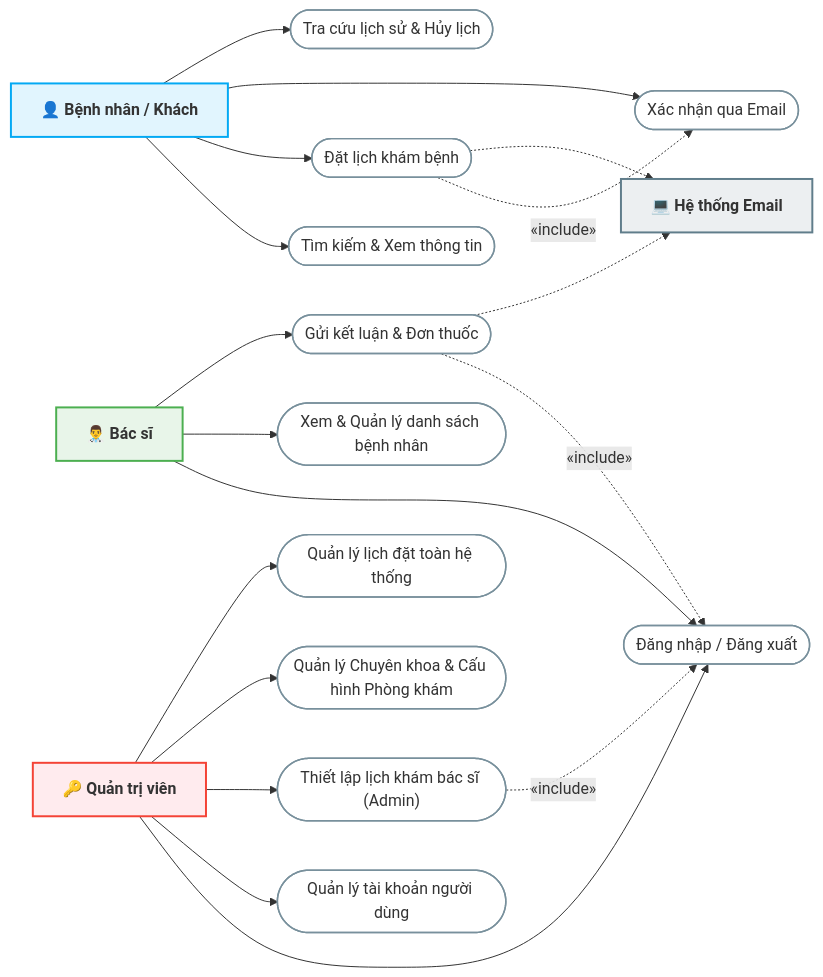
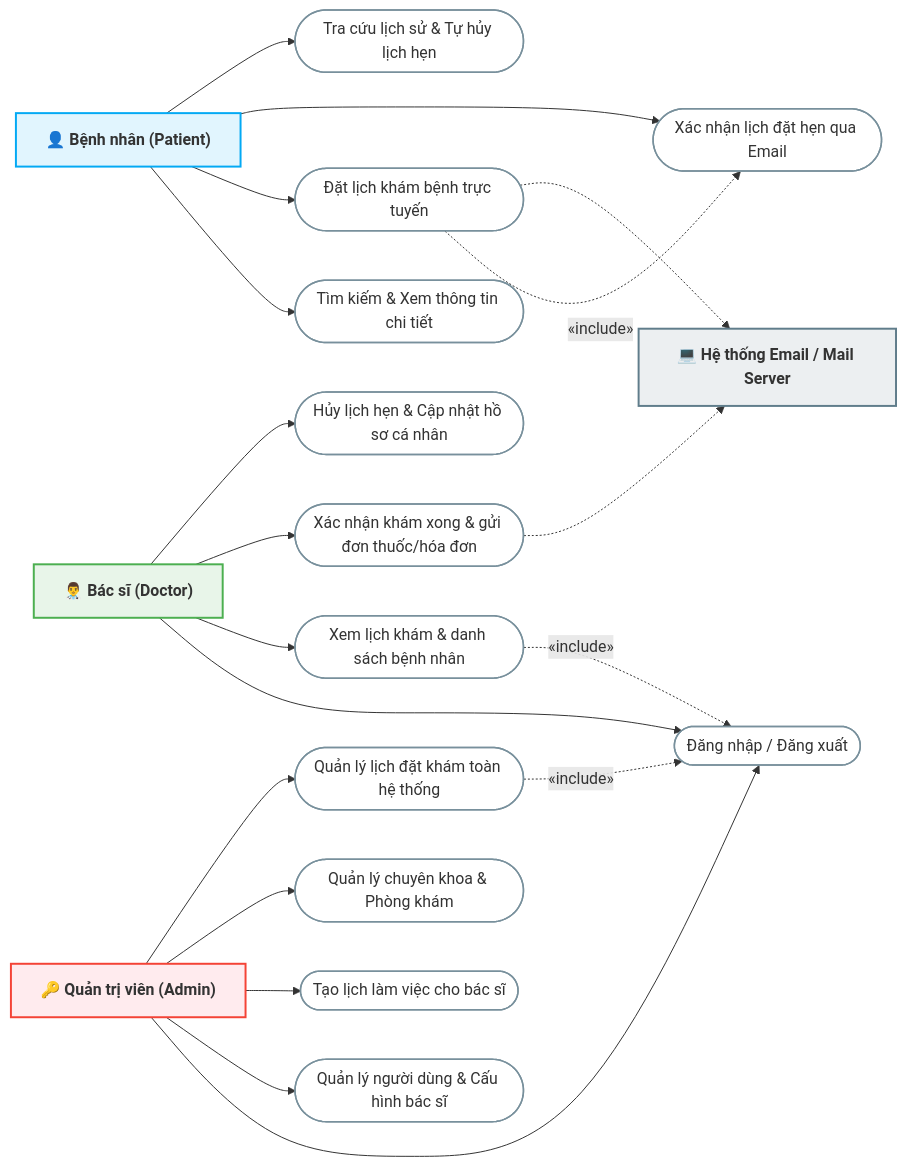
Before and after one commit to Hius22/HeathCare-: the first of 4 diagrams in HE_THONG_USECASE.md, drawn with Mermaid. The commit also changed other lines of this file and 6 other files, not shown here.

````diff
--- a/HE_THONG_USECASE.md
+++ b/HE_THONG_USECASE.md
@@ -87,62 +86,67 @@
 ```mermaid
-graph LR
+    graph LR
     %% Actors Definition
-    Patient["👤 Bệnh nhân / Khách"]
-    Doctor["👨‍⚕️ Bác sĩ"]
-    Admin["🔑 Quản trị viên"]
-    System["💻 Hệ thống Email"]
+    Patient["👤 Bệnh nhân (Patient)"]
+    Doctor["👨‍⚕️ Bác sĩ (Doctor)"]
+    Admin["🔑 Quản trị viên (Admin)"]
+    System["💻 Hệ thống Email / Mail Server"]
 
     %% Class Styles
     classDef actorPatient fill:#e1f5fe,stroke:#03a9f4,stroke-width:2px,font-weight:bold;
     classDef actorDoctor fill:#e8f5e9,stroke:#4caf50,stroke-width:2px,font-weight:bold;
     classDef actorAdmin fill:#ffebee,stroke:#f44336,stroke-width:2px,font-weight:bold;
     classDef actorSystem fill:#eceff1,stroke:#607d8b,stroke-width:2px,font-weight:bold;
     classDef usecase fill:#ffffff,stroke:#78909c,stroke-width:1.5px,shape:stadium;
 
     class Patient actorPatient;
     class Doctor actorDoctor;
     class Admin actorAdmin;
     class System actorSystem;
 
     %% Use Cases
-    uc_search(["Tìm kiếm & Xem thông tin"])
-    uc_book(["Đặt lịch khám bệnh"])
-    uc_verify(["Xác nhận qua Email"])
-    uc_history(["Tra cứu lịch sử & Hủy lịch"])
+    uc_p1(["Tìm kiếm & Xem thông tin chi tiết"])
+    uc_p2(["Đặt lịch khám bệnh trực tuyến"])
+    uc_p3(["Xác nhận lịch đặt hẹn qua Email"])
+    uc_p4(["Tra cứu lịch sử & Tự hủy lịch hẹn"])
+
     uc_auth(["Đăng nhập / Đăng xuất"])
-    uc_schedule(["Thiết lập lịch khám bác sĩ (Admin)"])
-    uc_patients(["Xem & Quản lý danh sách bệnh nhân"])
-    uc_remedy(["Gửi kết luận & Đơn thuốc"])
-    uc_crud_user(["Quản lý tài khoản người dùng"])
-    uc_crud_spec(["Quản lý Chuyên khoa & Cấu hình Phòng khám"])
-    uc_manage_all_booking(["Quản lý lịch đặt toàn hệ thống"])
 
-    class uc_search,uc_book,uc_verify,uc_history,uc_auth,uc_schedule,uc_patients,uc_remedy,uc_crud_user,uc_crud_spec,uc_manage_all_booking usecase;
+    uc_d1(["Xem lịch khám & danh sách bệnh nhân"])
+    uc_d2(["Xác nhận khám xong & gửi đơn thuốc/hóa đơn"])
+    uc_d3(["Hủy lịch hẹn & Cập nhật hồ sơ cá nhân"])
+
+    uc_a1(["Quản lý người dùng & Cấu hình bác sĩ"])
+    uc_a2(["Tạo lịch làm việc cho bác sĩ"])
+    uc_a3(["Quản lý chuyên khoa & Phòng khám"])
+    uc_a4(["Quản lý lịch đặt khám toàn hệ thống"])
+
+    class uc_p1,uc_p2,uc_p3,uc_p4,uc_auth,uc_d1,uc_d2,uc_d3,uc_a1,uc_a2,uc_a3,uc_a4 usecase;
 
     %% Patient Associations
-    Patient --> uc_search
-    Patient --> uc_book
-    Patient --> uc_verify
-    Patient --> uc_history
+    Patient --> uc_p1
+    Patient --> uc_p2
+    Patient --> uc_p3
+    Patient --> uc_p4
 
     %% Doctor Associations
     Doctor --> uc_auth
-    Doctor --> uc_patients
-    Doctor --> uc_remedy
+    Doctor --> uc_d1
+    Doctor --> uc_d2
+    Doctor --> uc_d3
 
     %% Admin Associations
     Admin --> uc_auth
-    Admin --> uc_crud_user
-    Admin --> uc_schedule
-    Admin --> uc_crud_spec
-    Admin --> uc_manage_all_booking
+    Admin --> uc_a1
+    Admin --> uc_a2
+    Admin --> uc_a3
+    Admin --> uc_a4
 
-    %% Include Relationship
-    uc_book -.->|&laquo;include&raquo;| uc_verify
-    uc_remedy -.->|&laquo;include&raquo;| uc_auth
-    uc_schedule -.->|&laquo;include&raquo;| uc_auth
+    %% Include/Extend
+    uc_p2 -.->|&laquo;include&raquo;| uc_p3
+    uc_d1 -.->|&laquo;include&raquo;| uc_auth
+    uc_a4 -.->|&laquo;include&raquo;| uc_auth
 
     %% System Interactions
-    uc_book -.-> System
-    uc_remedy -.-> System
+    uc_p2 -.-> System
+    uc_d2 -.-> System
 ```
````
